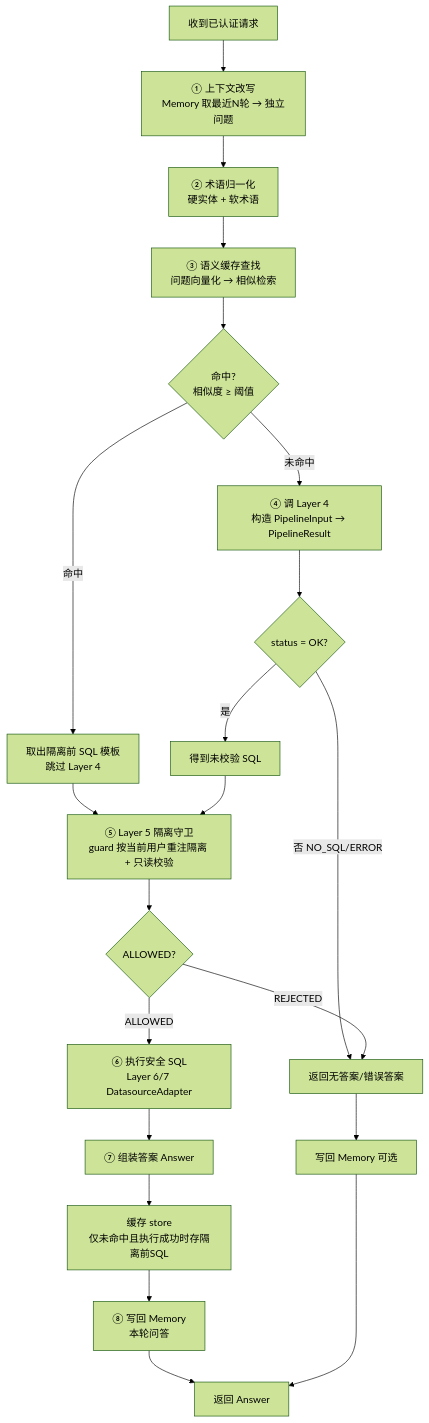
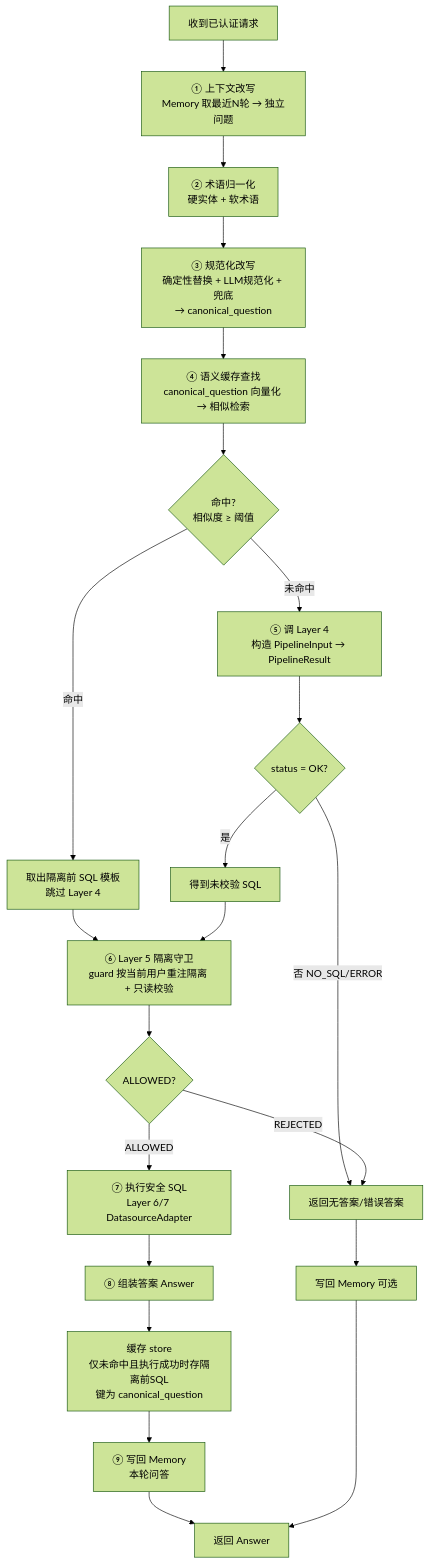
Before and after one commit to szipan/smart-query: the second of 8 diagrams in .kiro/specs/query-engine/design.md, drawn with Mermaid (forest theme). The commit also changed other lines of this file and 25 other files, not shown here.

````diff
--- a/.kiro/specs/query-engine/design.md
+++ b/.kiro/specs/query-engine/design.md
@@ -141,26 +143,27 @@
 ```mermaid
 graph TD
     START[收到已认证请求] --> REWRITE[① 上下文改写<br/>Memory 取最近N轮 → 独立问题]
     REWRITE --> NORM[② 术语归一化<br/>硬实体 + 软术语]
-    NORM --> LOOKUP[③ 语义缓存查找<br/>问题向量化 → 相似检索]
+    NORM --> CANON[③ 规范化改写<br/>确定性替换 + LLM规范化 + 兜底<br/>→ canonical_question]
+    CANON --> LOOKUP[④ 语义缓存查找<br/>canonical_question 向量化 → 相似检索]
     LOOKUP --> HIT{命中?<br/>相似度 ≥ 阈值}
 
     HIT -->|命中| PRESQL[取出隔离前 SQL 模板<br/>跳过 Layer 4]
-    HIT -->|未命中| L4[④ 调 Layer 4<br/>构造 PipelineInput → PipelineResult]
+    HIT -->|未命中| L4[⑤ 调 Layer 4<br/>构造 PipelineInput → PipelineResult]
 
     L4 --> L4OK{status = OK?}
     L4OK -->|否 NO_SQL/ERROR| FAIL[返回无答案/错误答案]
     L4OK -->|是| UNVSQL[得到未校验 SQL]
 
-    PRESQL --> GUARD[⑤ Layer 5 隔离守卫<br/>guard 按当前用户重注隔离 + 只读校验]
+    PRESQL --> GUARD[⑥ Layer 5 隔离守卫<br/>guard 按当前用户重注隔离 + 只读校验]
     UNVSQL --> GUARD
 
     GUARD --> GOK{ALLOWED?}
     GOK -->|REJECTED| FAIL
-    GOK -->|ALLOWED| EXEC[⑥ 执行安全 SQL<br/>Layer 6/7 DatasourceAdapter]
-    EXEC --> ANSWER[⑦ 组装答案 Answer]
-    ANSWER --> STORE[缓存 store<br/>仅未命中且执行成功时存隔离前SQL]
-    STORE --> WRITEMEM[⑧ 写回 Memory<br/>本轮问答]
+    GOK -->|ALLOWED| EXEC[⑦ 执行安全 SQL<br/>Layer 6/7 DatasourceAdapter]
+    EXEC --> ANSWER[⑧ 组装答案 Answer]
+    ANSWER --> STORE[缓存 store<br/>仅未命中且执行成功时存隔离前SQL<br/>键为 canonical_question]
+    STORE --> WRITEMEM[⑨ 写回 Memory<br/>本轮问答]
     WRITEMEM --> DONE[返回 Answer]
     FAIL --> WRITEMEM2[写回 Memory 可选] --> DONE
 ```
````
